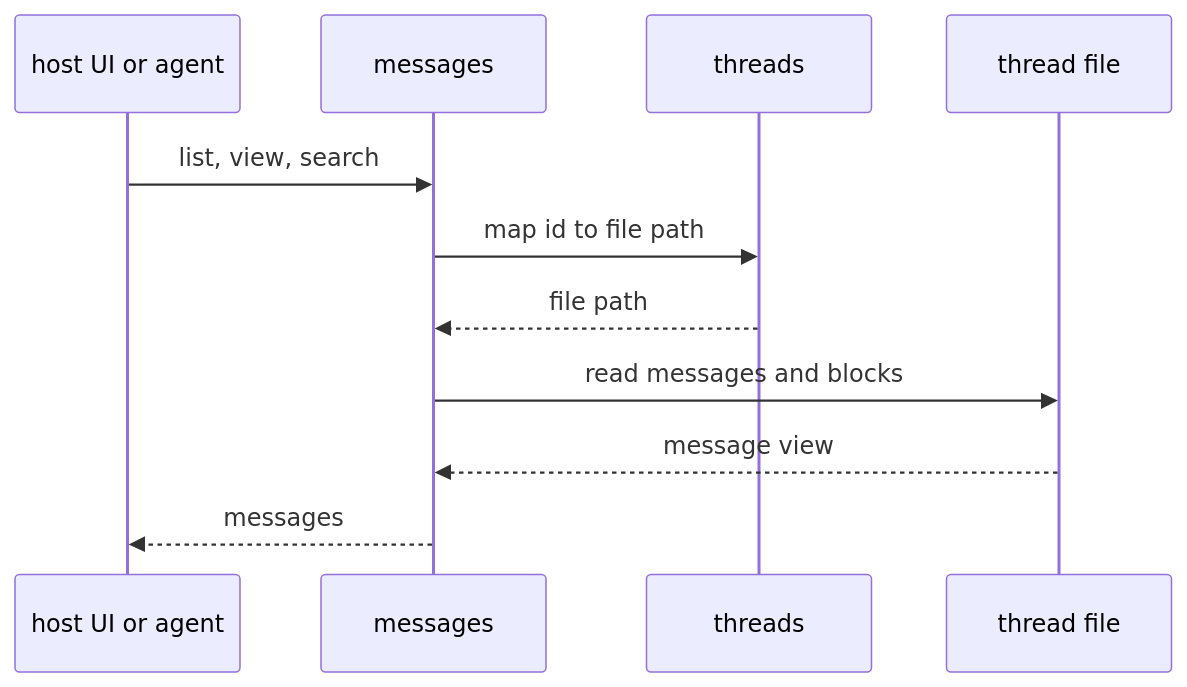
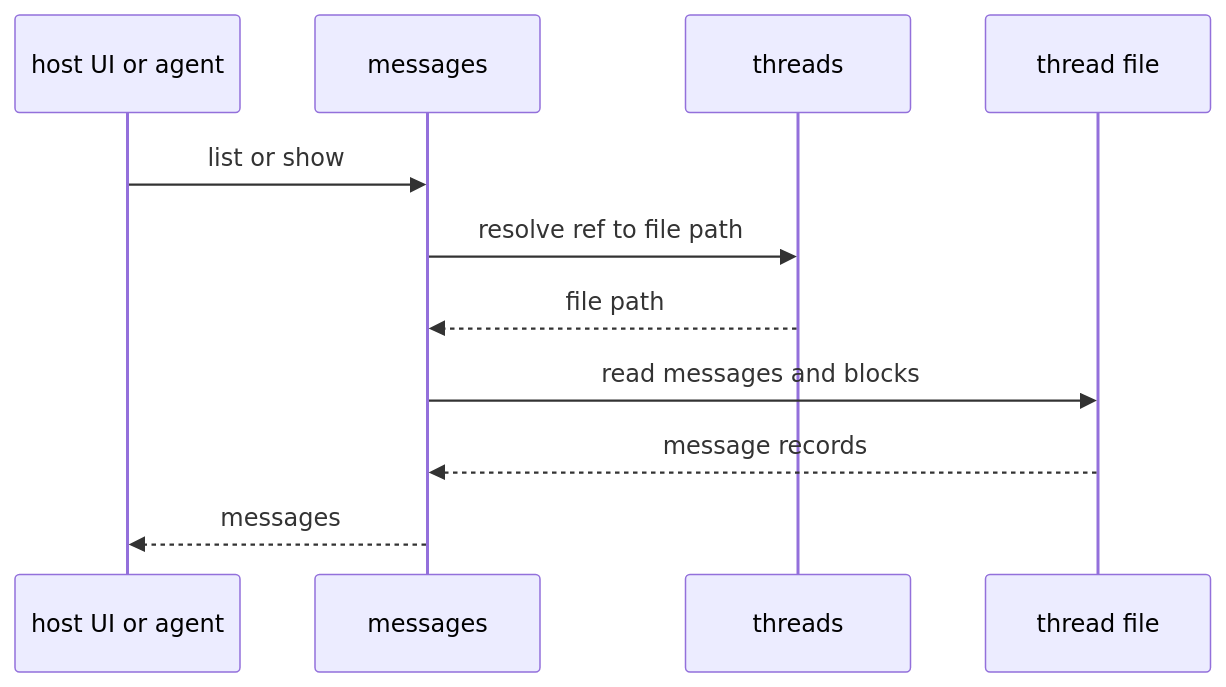
Before and after one commit to liminal-ai/long-horizon-context: the sixth of 11 diagrams in docs/onboard/02-domain-design.md, drawn with Mermaid. The commit also changed other lines of this file and 1 other file, not shown here.

````diff
--- a/docs/onboard/02-domain-design.md
+++ b/docs/onboard/02-domain-design.md
@@ -213,13 +219,13 @@
 ```mermaid
 sequenceDiagram
   participant C as host UI or agent
   participant M as messages
   participant T as threads
   participant F as thread file
-  C->>M: list, view, search
-  M->>T: map id to file path
+  C->>M: list or show
+  M->>T: resolve ref to file path
   T-->>M: file path
   M->>F: read messages and blocks
-  F-->>M: message view
+  F-->>M: message records
   M-->>C: messages
 ```
````
